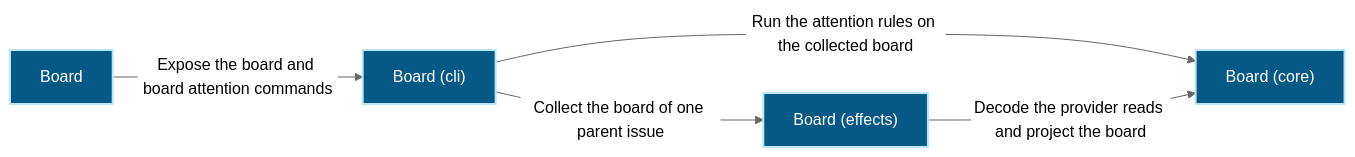
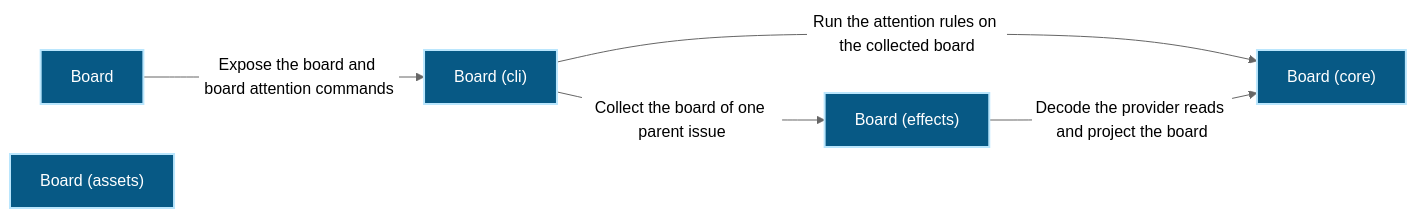
One commit to Ancienttwo/repo-harness changed the first of 2 diagrams in docs/architecture/modules/organization/board.md. Above: the diagram before and after it, drawn with Mermaid (neutral theme). The commit also changed other lines of this file and 14 other files, not shown here.

First line of the commit message:
chore(projection): refresh generated architecture outputs for main@ccdc0587af67

````diff
--- a/docs/architecture/modules/organization/board.md
+++ b/docs/architecture/modules/organization/board.md
@@ -16,15 +16,16 @@
 ```mermaid
 flowchart LR
   p1_capability_organization_board_a5242ad5["Board"]:::component
+  p1_component_board_assets_layer_2608d92b["Board (assets)"]:::component
   p1_component_board_cli_d6117ee8["Board (cli)"]:::component
   p1_component_board_core_94e5aae2["Board (core)"]:::component
   p1_component_board_effects_c9450ac3["Board (effects)"]:::component
   p1_capability_organization_board_a5242ad5 -->|"Expose the board and board attention commands"| p1_component_board_cli_d6117ee8
   p1_component_board_cli_d6117ee8 -->|"Run the attention rules on the collected board"| p1_component_board_core_94e5aae2
   p1_component_board_cli_d6117ee8 -->|"Collect the board of one parent issue"| p1_component_board_effects_c9450ac3
   p1_component_board_effects_c9450ac3 -->|"Decode the provider reads and project the board"| p1_component_board_core_94e5aae2
   classDef actor fill:#111827,color:#ffffff,stroke:#f9fafb,stroke-width:2px
   classDef component fill:#075985,color:#ffffff,stroke:#bae6fd,stroke-width:2px
   classDef datastore fill:#3f6212,color:#ffffff,stroke:#d9f99d,stroke-width:2px
   classDef external fill:#7c2d12,color:#ffffff,stroke:#fed7aa,stroke-width:2px
 ```
````
